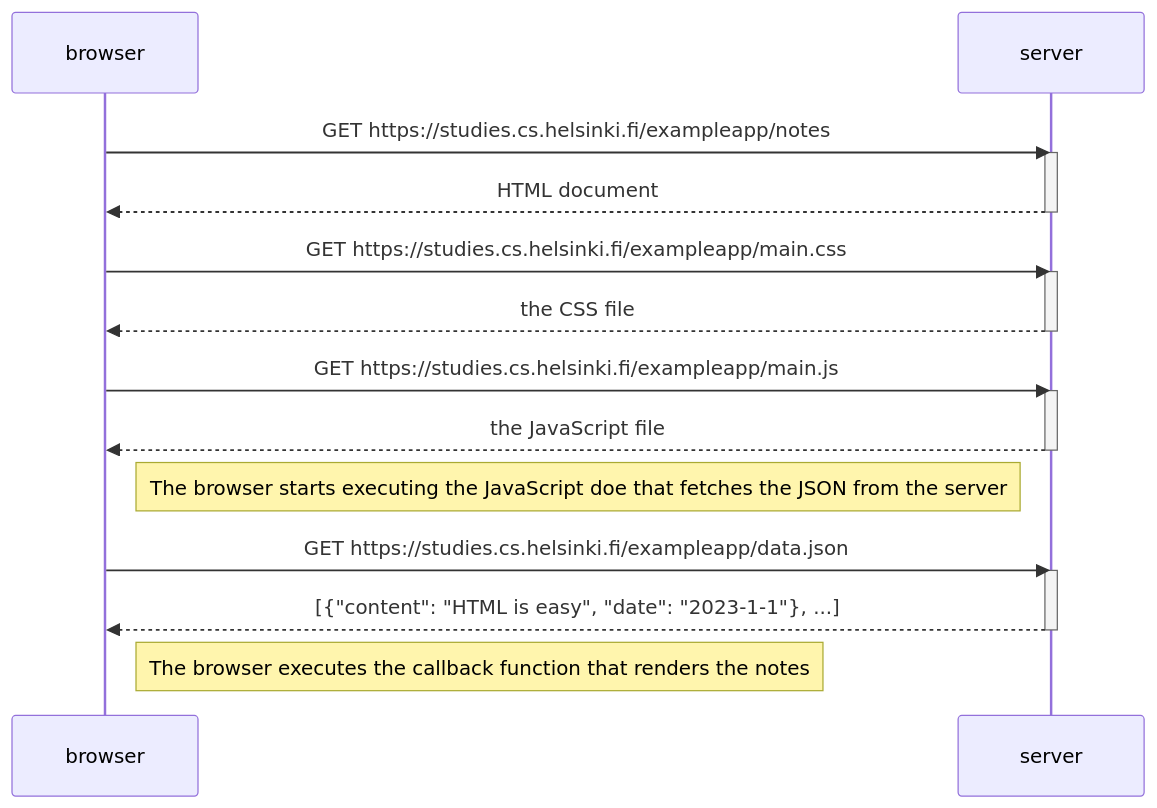
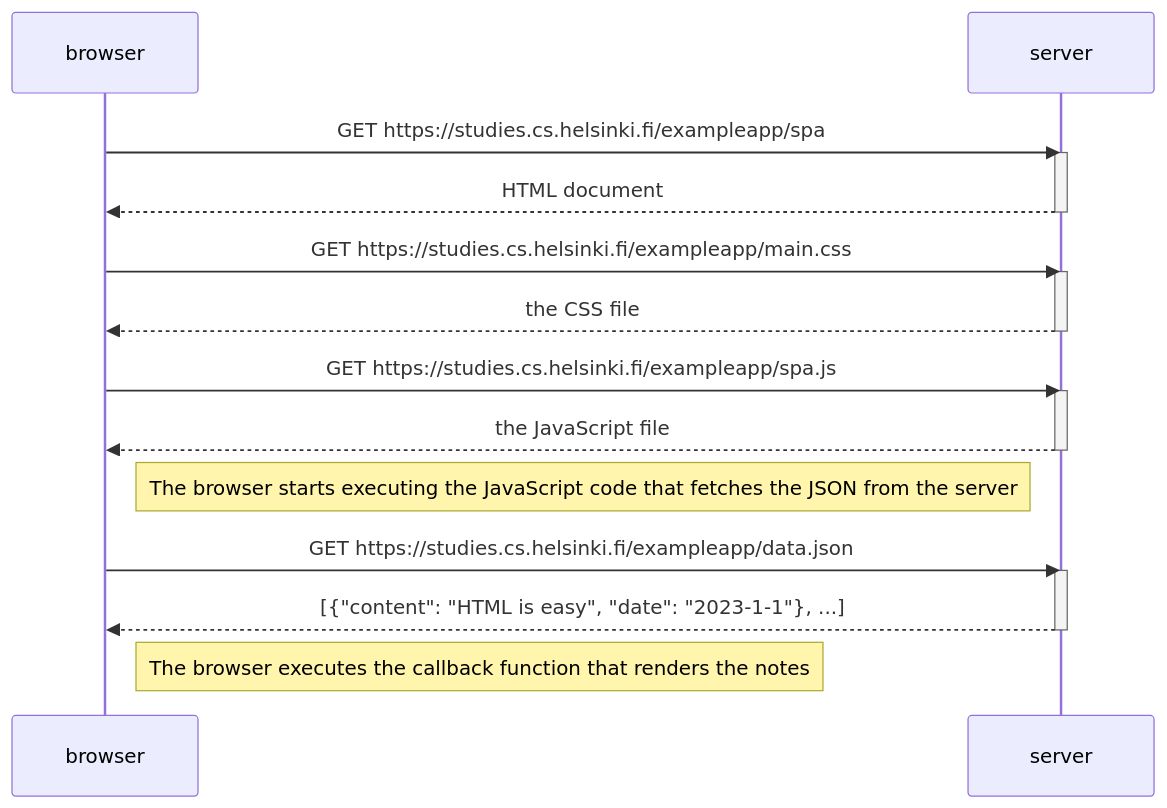
One commit to gitairman/mermaid changed the second of 3 diagrams in README.md. Above: the diagram before and after it, drawn with Mermaid. The commit also changed other lines of this file, not shown here.

````diff
--- a/README.md
+++ b/README.md
@@ -17,23 +20,23 @@
 ```mermaid
 sequenceDiagram
     participant browser
     participant server
-    browser->>server: GET https://studies.cs.helsinki.fi/exampleapp/notes
+    browser->>server: GET https://studies.cs.helsinki.fi/exampleapp/spa
     activate server
     server-->>browser: HTML document
     deactivate server
     browser->>server: GET https://studies.cs.helsinki.fi/exampleapp/main.css
     activate server
     server-->>browser: the CSS file
     deactivate server
-    browser->>server: GET https://studies.cs.helsinki.fi/exampleapp/main.js
+    browser->>server: GET https://studies.cs.helsinki.fi/exampleapp/spa.js
     activate server
     server-->>browser: the JavaScript file
     deactivate server
-    Note right of browser: The browser starts executing the JavaScript doe that fetches the JSON from the server
+    Note right of browser: The browser starts executing the JavaScript code that fetches the JSON from the server
     browser->>server: GET https://studies.cs.helsinki.fi/exampleapp/data.json
     activate server
     server-->>browser: [{"content": "HTML is easy", "date": "2023-1-1"}, ...]
     deactivate server
     Note right of browser: The browser executes the callback function that renders the notes
 ```
````
